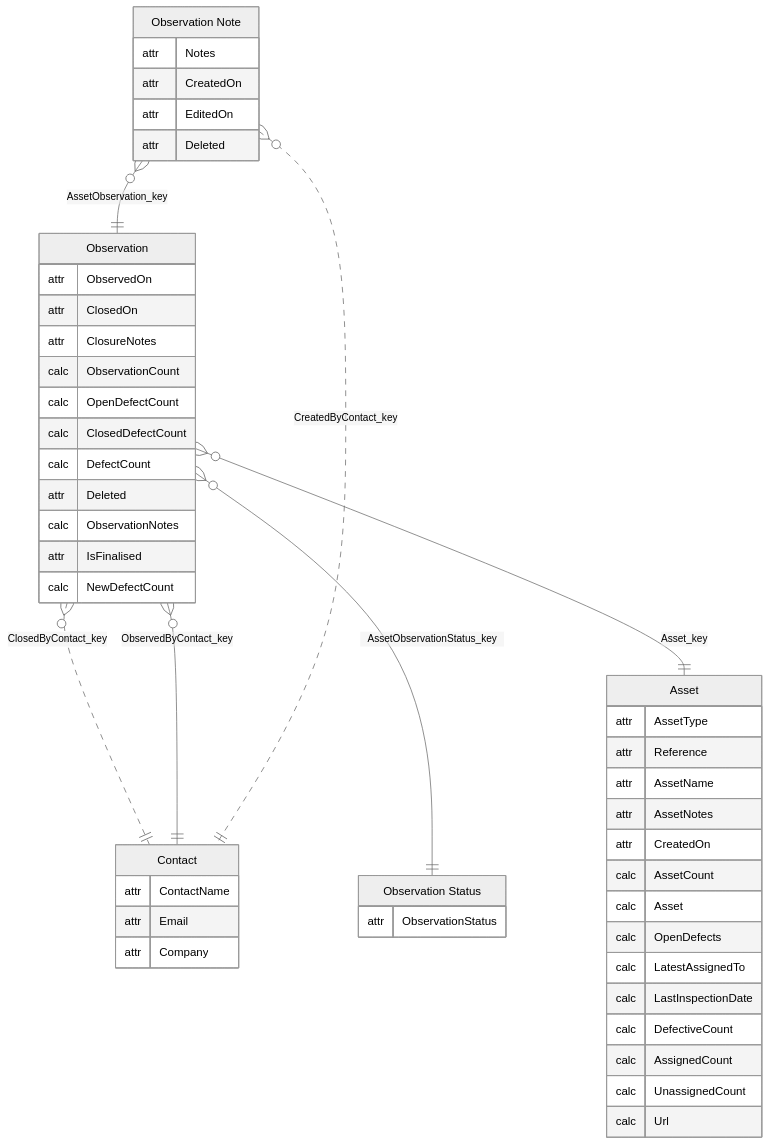
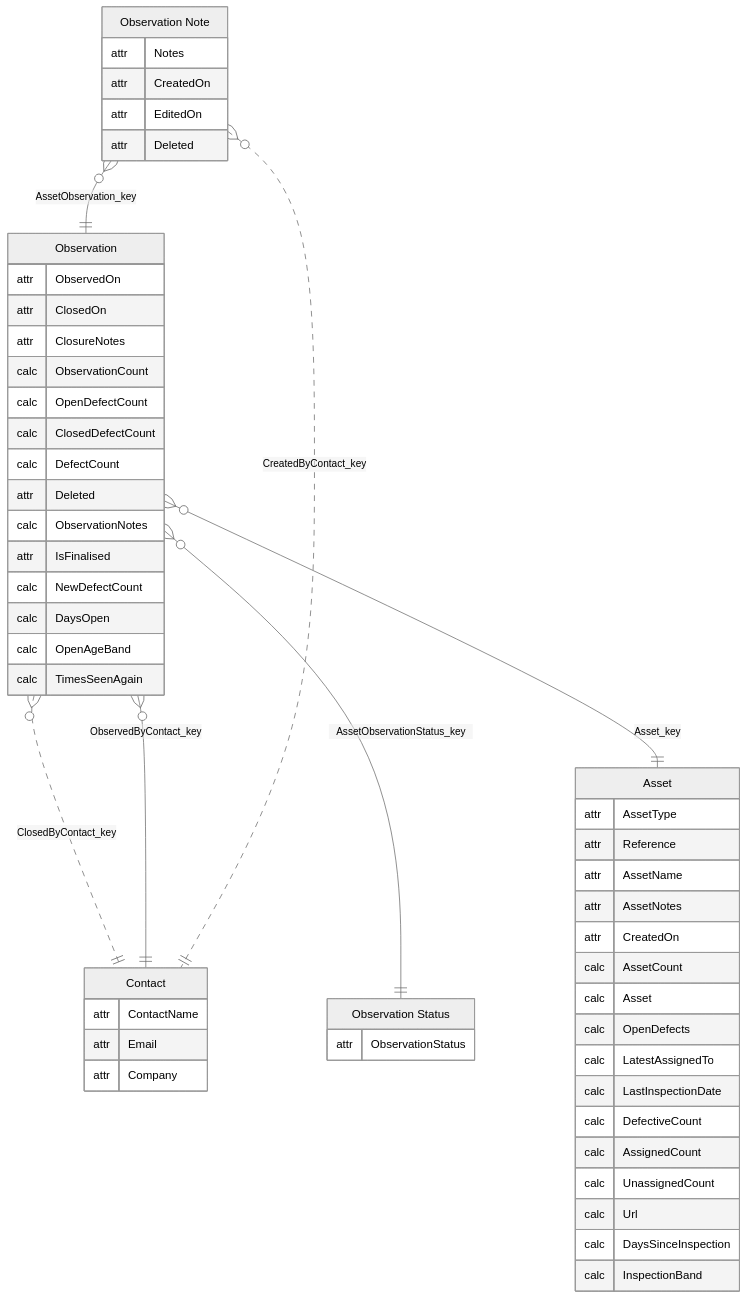
Before and after one commit to adrian-work-wallet/BIClient: the fifth of 15 diagrams in PowerBISamplesModels/Assets.md, drawn with Mermaid. The commit also changed other lines of this file and 158 other files, not shown here.

````diff
--- a/PowerBISamplesModels/Assets.md
+++ b/PowerBISamplesModels/Assets.md
@@ -199,56 +207,61 @@
 ```mermaid
 ---
 config:
   theme: neutral
 ---
 erDiagram
     "Asset" {
         attr AssetType
         attr Reference
         attr AssetName
         attr AssetNotes
         attr CreatedOn
         calc AssetCount
         calc Asset
         calc OpenDefects
         calc LatestAssignedTo
         calc LastInspectionDate
         calc DefectiveCount
         calc AssignedCount
         calc UnassignedCount
         calc Url
+        calc DaysSinceInspection
+        calc InspectionBand
     }
     "Observation" {
         attr ObservedOn
         attr ClosedOn
         attr ClosureNotes
         calc ObservationCount
         calc OpenDefectCount
         calc ClosedDefectCount
         calc DefectCount
         attr Deleted
         calc ObservationNotes
         attr IsFinalised
         calc NewDefectCount
+        calc DaysOpen
+        calc OpenAgeBand
+        calc TimesSeenAgain
     }
     "Observation Status" {
         attr ObservationStatus
     }
     "Observation Note" {
         attr Notes
         attr CreatedOn
         attr EditedOn
         attr Deleted
     }
     "Contact" {
         attr ContactName
         attr Email
         attr Company
     }
     "Observation" }o--|| "Observation Status" : "AssetObservationStatus_key"
     "Observation" }o--|| "Asset" : "Asset_key"
     "Observation" }o..|| "Contact" : "ClosedByContact_key"
     "Observation" }o--|| "Contact" : "ObservedByContact_key"
     "Observation Note" }o..|| "Contact" : "CreatedByContact_key"
     "Observation Note" }o--|| "Observation" : "AssetObservation_key"
 ```
````
